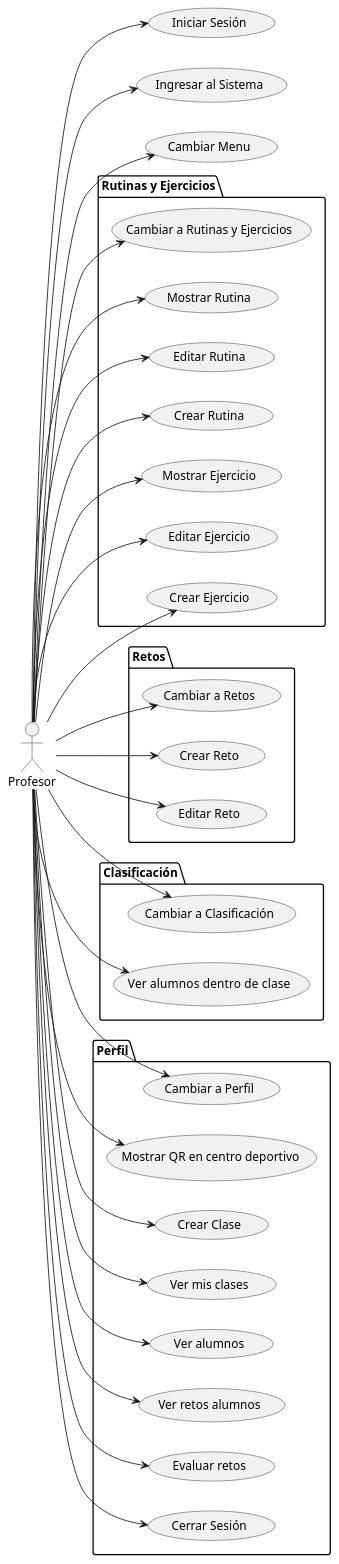
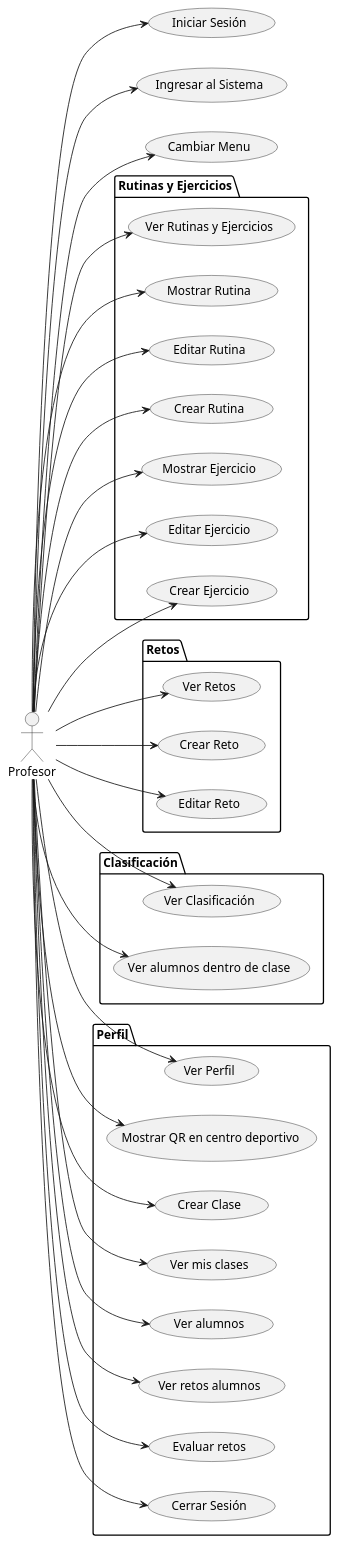
The diagram in Documentos/CasosUso/CdU_Profesor.puml (mmasias/24-25-IdSw1-SDR), drawn with PlantUML before and after one commit.

```diff
--- a/Documentos/CasosUso/CdU_Profesor.puml
+++ b/Documentos/CasosUso/CdU_Profesor.puml
@@ -1,79 +1,79 @@
 @startuml CdU_Profesor
 left to right direction
 actor Profesor
 
 package "Rutinas y Ejercicios" {
-    usecase "Cambiar a Rutinas y Ejercicios" as CambiarARutinasYEjercicios
+    usecase "Ver Rutinas y Ejercicios" as CambiarARutinasYEjercicios
 
    
         usecase "Mostrar Rutina" as MostrarRutina
         usecase "Editar Rutina" as EditarRutina
         usecase "Crear Rutina" as CrearRutina
     
 
    
         usecase "Mostrar Ejercicio" as MostrarEjercicio
         usecase "Editar Ejercicio" as EditarEjercicio
         usecase "Crear Ejercicio" as CrearEjercicio
     
 }
 
 package "Retos" {
-    usecase "Cambiar a Retos" as CambiarARetos
+    usecase "Ver Retos" as CambiarARetos
     usecase "Crear Reto" as CrearReto
     usecase "Editar Reto" as EditarReto
 }
 
 package "Clasificación" {
-    usecase "Cambiar a Clasificación" as CambiarAClasificacion
+    usecase "Ver Clasificación" as CambiarAClasificacion
     usecase "Ver alumnos dentro  de clase" as VerAlumnosDentroDeClase
 }
 
 package "Perfil" {
-    usecase "Cambiar a Perfil" as CambiarAPerfil
+    usecase "Ver Perfil" as CambiarAPerfil
     usecase "Mostrar QR en centro deportivo" as MostrarQR
 
   
         usecase "Crear Clase" as CrearClase
         usecase "Ver mis clases" as VerMisClases
         usecase "Ver alumnos" as VerAlumnos
         usecase "Ver retos alumnos" as VerRetosAlumnos
         usecase "Evaluar retos" as EvaluarRetos
         usecase "Cerrar Sesión" as CerrarSesion
     
 }
 
 
 usecase "Iniciar Sesión" as IniciarSesion
 usecase "Ingresar al Sistema" as IngresarAlSistema
 usecase "Cambiar Menu" as CambiarMenu
 
 Profesor --> IngresarAlSistema
 Profesor --> IniciarSesion
 Profesor --> CambiarMenu
 Profesor --> CerrarSesion
 
 Profesor --> CambiarARutinasYEjercicios
 Profesor --> MostrarRutina
 Profesor --> EditarRutina
 Profesor --> CrearRutina
 Profesor --> MostrarEjercicio
 Profesor --> EditarEjercicio
 Profesor --> CrearEjercicio
 
 Profesor --> CambiarARetos
 Profesor --> CrearReto
 Profesor --> EditarReto
 
 Profesor --> CambiarAClasificacion
 Profesor --> VerAlumnosDentroDeClase
 
 Profesor --> CambiarAPerfil
 Profesor --> MostrarQR
 Profesor --> CrearClase
 Profesor --> VerMisClases
 Profesor --> VerAlumnos
 Profesor --> VerRetosAlumnos
 Profesor --> EvaluarRetos
 
 @enduml
```
